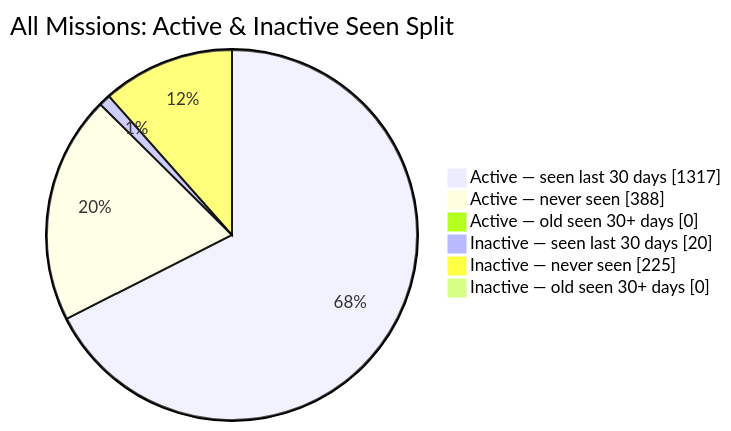
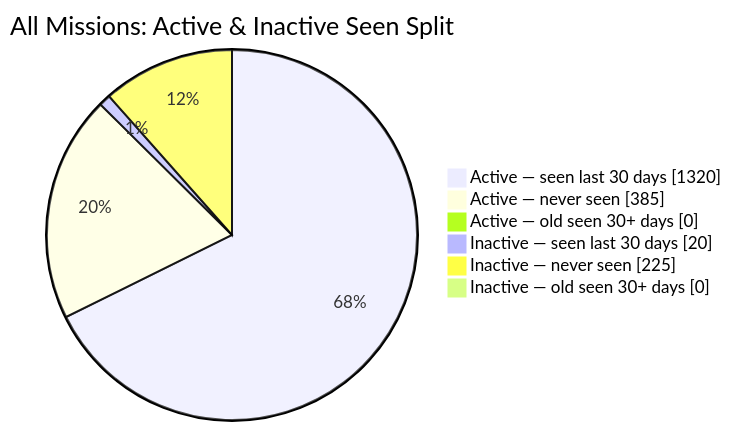
Before and after one commit to MeldkamerspelGameTeam/active-missions: the second of 2 diagrams in README.md, drawn with Mermaid. The commit also changed other lines of this file and 2 other files, not shown here.

````diff
--- a/README.md
+++ b/README.md
@@ -44,10 +44,10 @@
 ```mermaid
 pie showData
     title All Missions: Active & Inactive Seen Split
-    "Active — seen last 30 days" : 1317
-    "Active — never seen" : 388
+    "Active — seen last 30 days" : 1320
+    "Active — never seen" : 385
     "Active — old seen 30+ days" : 0
     "Inactive — seen last 30 days" : 20
     "Inactive — never seen" : 225
     "Inactive — old seen 30+ days" : 0
 ```
````
